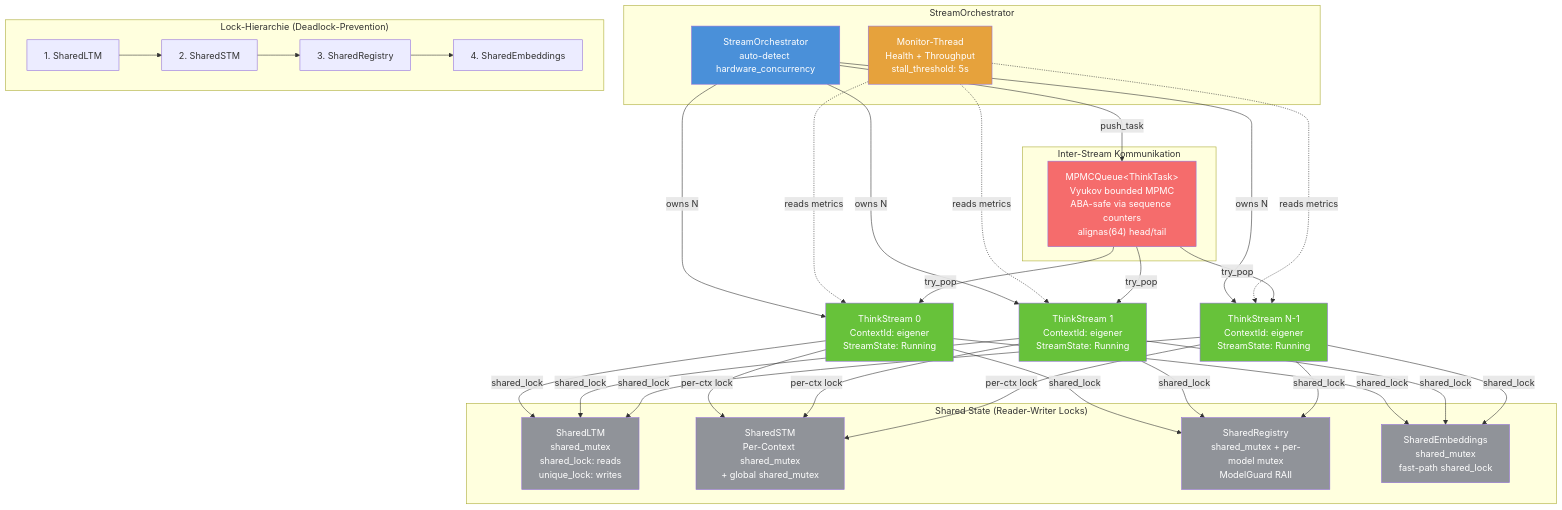
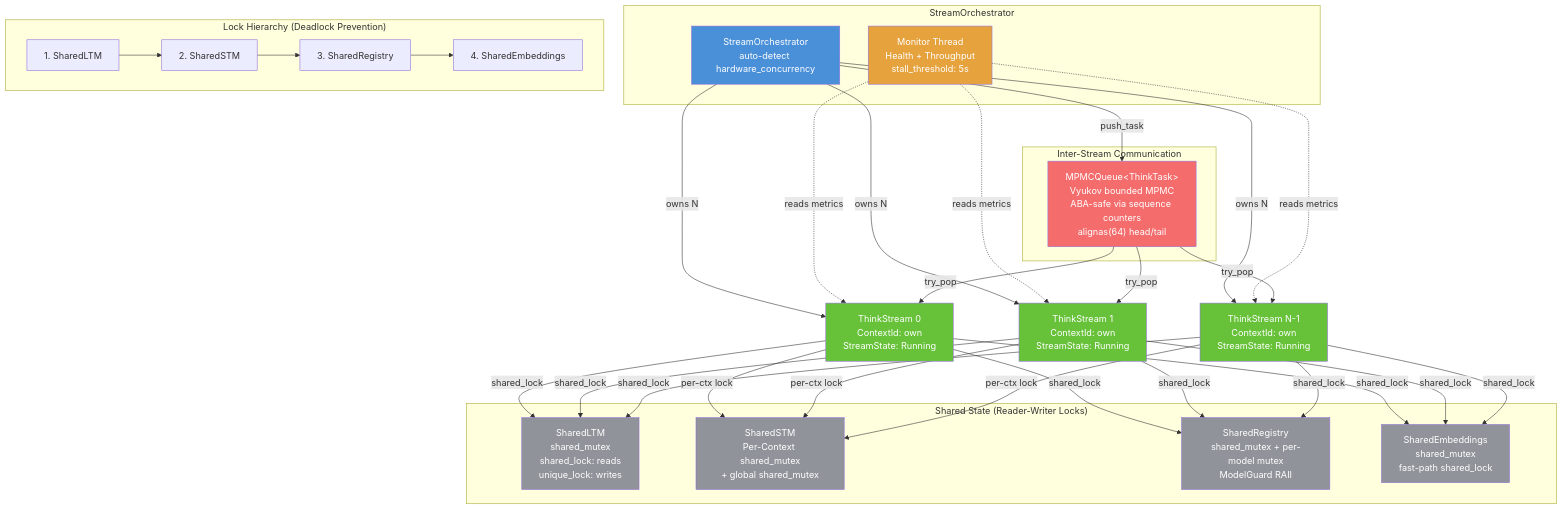
Diagram 13 of 17 in docs/ARCHITECTURE_DIAGRAMS.md (LtnNoob/Brain), drawn with Mermaid before and after one commit. The commit also changed other lines of this file and 121 other files, not shown here.

First line of the commit message:
feat: Graph Architecture Refactor - Integration Plan implementation

````diff
--- a/docs/ARCHITECTURE_DIAGRAMS.md
+++ b/docs/ARCHITECTURE_DIAGRAMS.md
@@ -361,60 +859,60 @@
 ```mermaid
 flowchart TD
     subgraph Orchestrator["StreamOrchestrator"]
         SO[StreamOrchestrator<br/>auto-detect hardware_concurrency]
-        MON[Monitor-Thread<br/>Health + Throughput<br/>stall_threshold: 5s]
+        MON[Monitor Thread<br/>Health + Throughput<br/>stall_threshold: 5s]
     end
 
-    SO -->|owns N| TS1[ThinkStream 0<br/>ContextId: eigener<br/>StreamState: Running]
-    SO -->|owns N| TS2[ThinkStream 1<br/>ContextId: eigener<br/>StreamState: Running]
-    SO -->|owns N| TSN[ThinkStream N-1<br/>ContextId: eigener<br/>StreamState: Running]
+    SO -->|owns N| TS1[ThinkStream 0<br/>ContextId: own<br/>StreamState: Running]
+    SO -->|owns N| TS2[ThinkStream 1<br/>ContextId: own<br/>StreamState: Running]
+    SO -->|owns N| TSN[ThinkStream N-1<br/>ContextId: own<br/>StreamState: Running]
 
     MON -.->|reads metrics| TS1
     MON -.->|reads metrics| TS2
     MON -.->|reads metrics| TSN
 
     subgraph SharedState["Shared State (Reader-Writer Locks)"]
         SLTM[SharedLTM<br/>shared_mutex<br/>shared_lock: reads<br/>unique_lock: writes]
         SSTM[SharedSTM<br/>Per-Context shared_mutex<br/>+ global shared_mutex]
         SREG[SharedRegistry<br/>shared_mutex + per-model mutex<br/>ModelGuard RAII]
         SEMB[SharedEmbeddings<br/>shared_mutex<br/>fast-path shared_lock]
     end
 
     TS1 -->|shared_lock| SLTM
     TS1 -->|per-ctx lock| SSTM
     TS1 -->|shared_lock| SREG
     TS1 -->|shared_lock| SEMB
     TS2 -->|shared_lock| SLTM
     TS2 -->|per-ctx lock| SSTM
     TS2 -->|shared_lock| SREG
     TS2 -->|shared_lock| SEMB
     TSN -->|shared_lock| SLTM
     TSN -->|per-ctx lock| SSTM
     TSN -->|shared_lock| SREG
     TSN -->|shared_lock| SEMB
 
-    subgraph Queue["Inter-Stream Kommunikation"]
+    subgraph Queue["Inter-Stream Communication"]
         LFQ["MPMCQueue&lt;ThinkTask&gt;<br/>Vyukov bounded MPMC<br/>ABA-safe via sequence counters<br/>alignas(64) head/tail"]
     end
 
     SO -->|push_task| LFQ
     LFQ -->|try_pop| TS1
     LFQ -->|try_pop| TS2
     LFQ -->|try_pop| TSN
 
-    subgraph LockHierarchy["Lock-Hierarchie (Deadlock-Prevention)"]
+    subgraph LockHierarchy["Lock Hierarchy (Deadlock Prevention)"]
         direction LR
         L1["1. SharedLTM"] --> L2["2. SharedSTM"] --> L3["3. SharedRegistry"] --> L4["4. SharedEmbeddings"]
     end
 
     style SO fill:#4a90d9,color:#fff
     style MON fill:#e6a23c,color:#fff
     style TS1 fill:#67c23a,color:#fff
     style TS2 fill:#67c23a,color:#fff
     style TSN fill:#67c23a,color:#fff
     style LFQ fill:#f56c6c,color:#fff
     style SLTM fill:#909399,color:#fff
     style SSTM fill:#909399,color:#fff
     style SREG fill:#909399,color:#fff
     style SEMB fill:#909399,color:#fff
 ```
````
